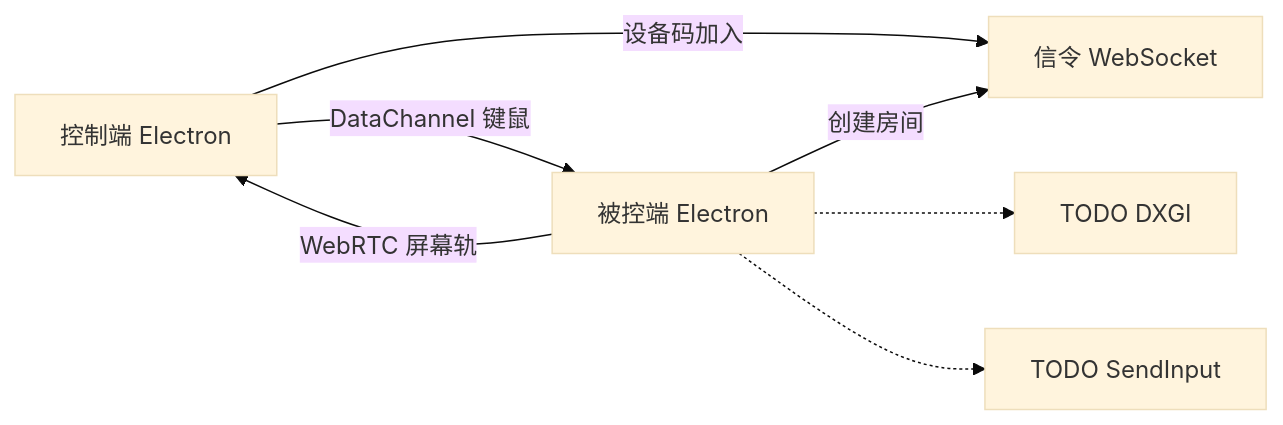
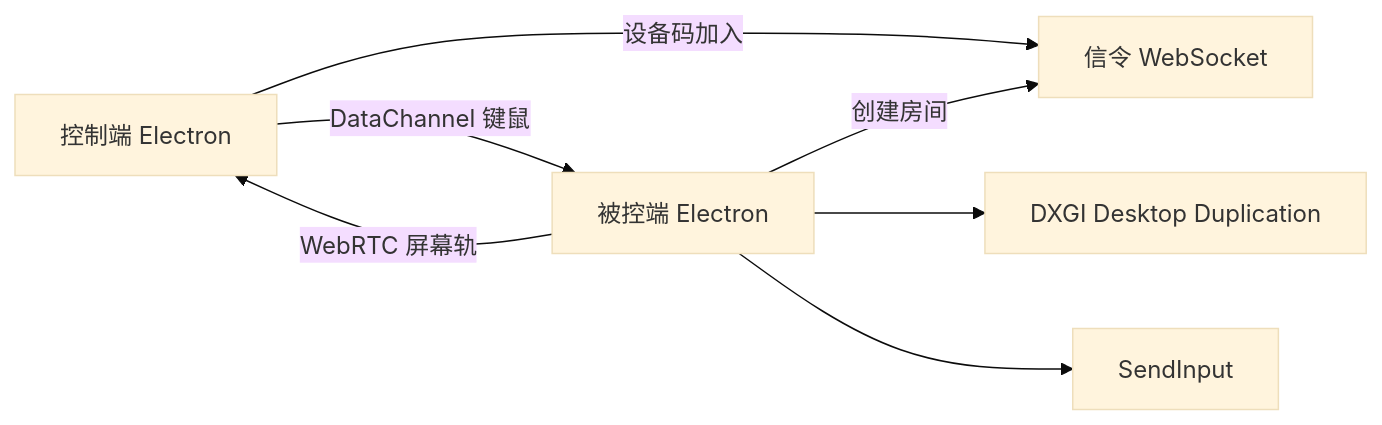
Before and after one commit to zxx0928/screen-sharing: the diagram in README.md, drawn with Mermaid (base theme). The commit also changed other lines of this file and 45 other files, not shown here.

First line of the commit message:
接入 Windows DXGI 采集、同步 H.264 和 SendInput (#2)

````diff
--- a/README.md
+++ b/README.md
@@ -148,12 +167,12 @@
 ```mermaid
 flowchart LR
   controller[控制端 Electron]
   host[被控端 Electron]
   signaling[信令 WebSocket]
   controller -->|设备码加入| signaling
   host -->|创建房间| signaling
   host -->|WebRTC 屏幕轨| controller
   controller -->|DataChannel 键鼠| host
-  host -.-> dxgi[TODO DXGI]
-  host -.-> inject[TODO SendInput]
+  host --> dxgi[DXGI Desktop Duplication]
+  host --> inject[SendInput]
 ```
````
